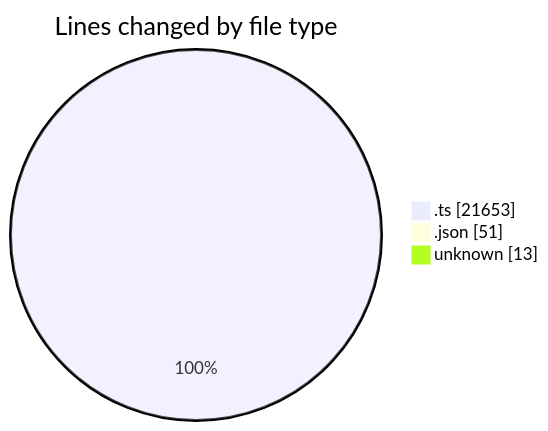
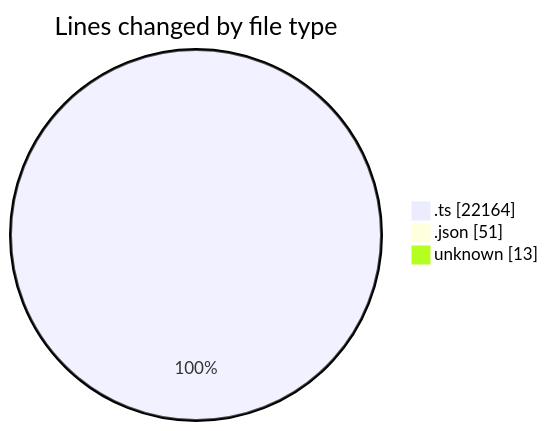
The first of 2 diagrams in 2025-09-09/cda/README.md (momahboobian/code-tracking), drawn with Mermaid before and after one commit. The commit also changed other lines of this file and 1 other file, not shown here.

````diff
--- a/2025-09-09/cda/README.md
+++ b/2025-09-09/cda/README.md
@@ -64,7 +70,7 @@
 ```mermaid
 pie showData
 title Lines changed by file type
-".ts" : 21653
+".ts" : 22164
 ".json" : 51
 "unknown" : 13
 ```
````
